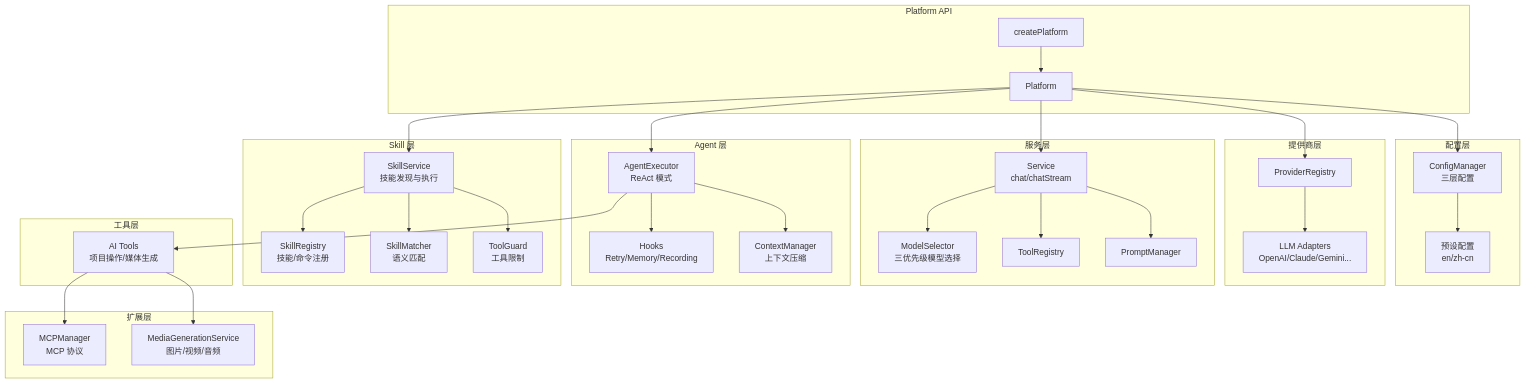
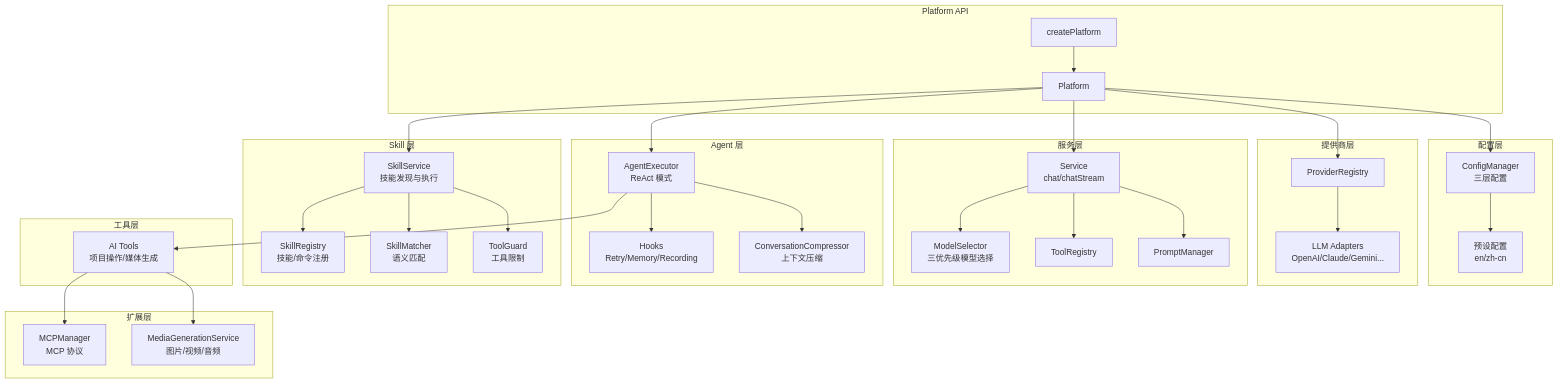
Before and after one commit to OpenNekoPaw/neko-suite: the diagram in packages/neko-agent/packages/platform/README.md, drawn with Mermaid. The commit also changed 9 other files, not shown here.

First line of the commit message:
docs: update architecture docs for ConversationCompressor migration, add 2D/3D analysis

````diff
--- a/packages/neko-agent/packages/platform/README.md
+++ b/packages/neko-agent/packages/platform/README.md
@@ -7,66 +7,66 @@
 ```mermaid
 graph TB
     subgraph "Platform API"
         CreatePlatform[createPlatform]
         Platform[Platform]
     end
 
     subgraph "配置层"
         Config[ConfigManager<br/>三层配置]
         Presets[预设配置<br/>en/zh-cn]
     end
 
     subgraph "提供商层"
         ProviderRegistry[ProviderRegistry]
         Adapters[LLM Adapters<br/>OpenAI/Claude/Gemini...]
     end
 
     subgraph "服务层"
         Service[Service<br/>chat/chatStream]
         ModelSelector[ModelSelector<br/>三优先级模型选择]
         ToolRegistry[ToolRegistry]
         PromptManager[PromptManager]
     end
 
     subgraph "Agent 层"
         AgentExecutor[AgentExecutor<br/>ReAct 模式]
         Hooks[Hooks<br/>Retry/Memory/Recording]
-        Memory[ContextManager<br/>上下文压缩]
+        Memory[ConversationCompressor<br/>上下文压缩]
     end
 
     subgraph "Skill 层"
         SkillService[SkillService<br/>技能发现与执行]
         SkillRegistry[SkillRegistry<br/>技能/命令注册]
         SkillMatcher[SkillMatcher<br/>语义匹配]
         ToolGuard[ToolGuard<br/>工具限制]
     end
 
     subgraph "扩展层"
         MCP[MCPManager<br/>MCP 协议]
         Media[MediaGenerationService<br/>图片/视频/音频]
     end
 
     subgraph "工具层"
         Tools[AI Tools<br/>项目操作/媒体生成]
     end
 
     CreatePlatform --> Platform
     Platform --> Config
     Config --> Presets
     Platform --> ProviderRegistry
     ProviderRegistry --> Adapters
     Platform --> Service
     Service --> ModelSelector
     Service --> ToolRegistry
     Service --> PromptManager
     Platform --> AgentExecutor
     AgentExecutor --> Hooks
     AgentExecutor --> Memory
     AgentExecutor --> Tools
     Platform --> SkillService
     SkillService --> SkillRegistry
     SkillService --> SkillMatcher
     SkillService --> ToolGuard
     Tools --> MCP
     Tools --> Media
 ```
````
